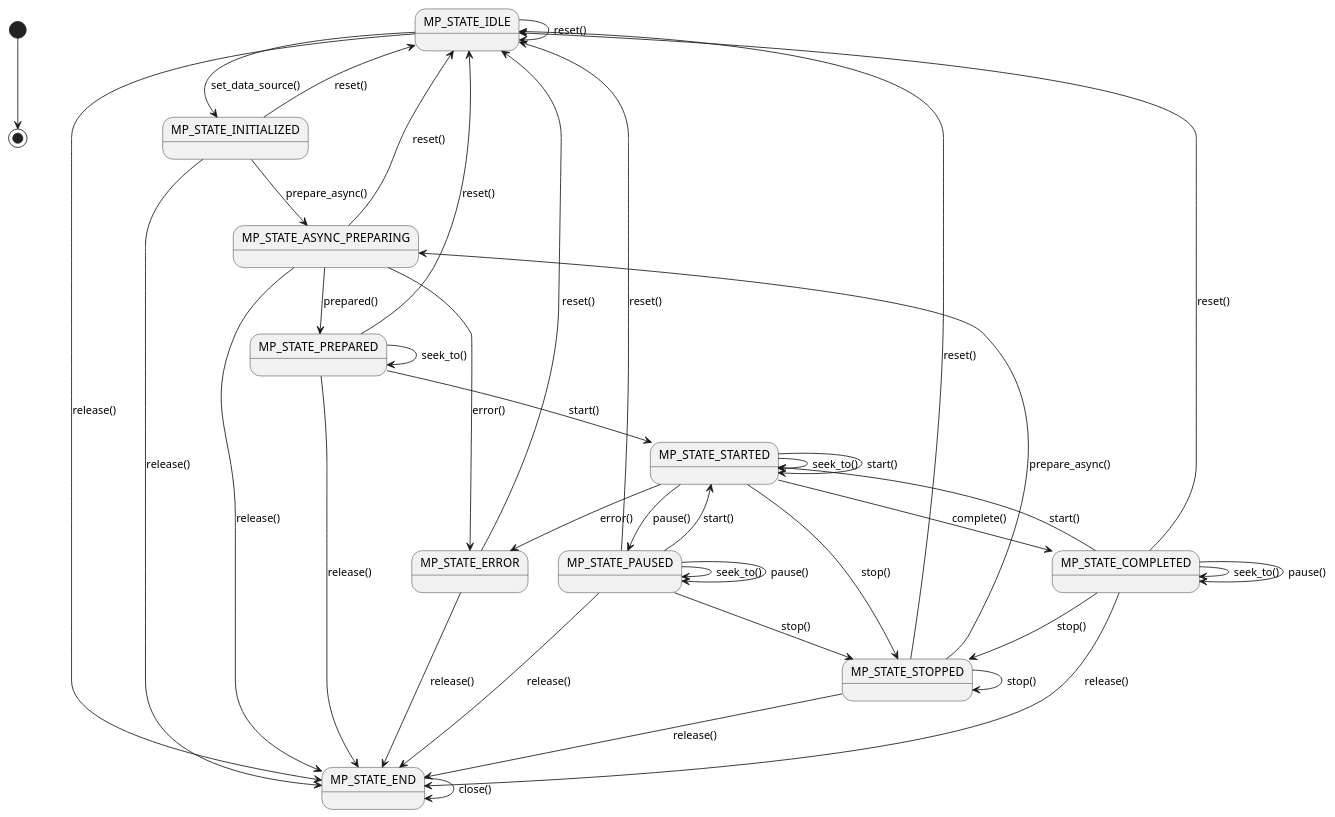
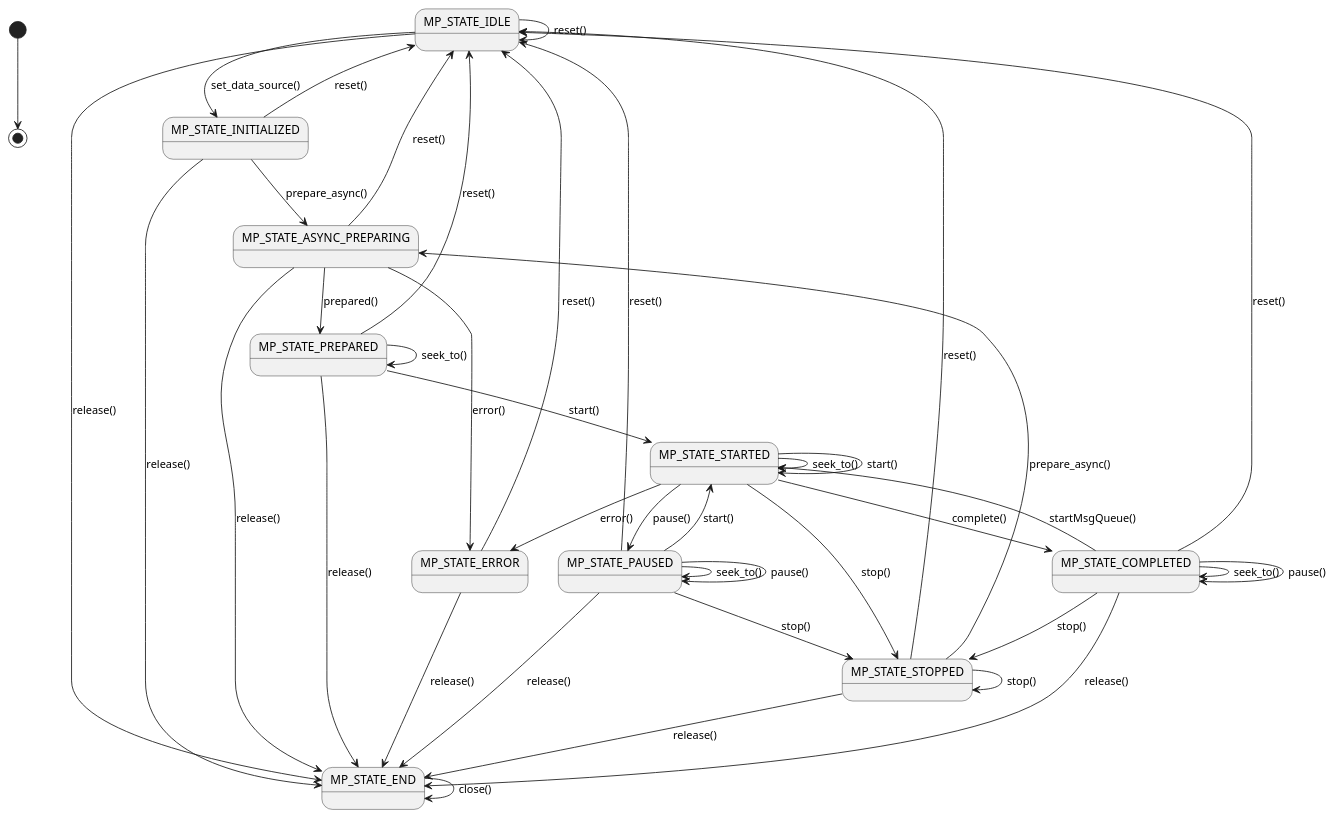
One commit to biezhihua/SMusic changed the diagram in doc/IjkPlayer/State/ijkplayer-state.puml. Above: the diagram before and after it, drawn with PlantUML. The commit also changed 29 other files, not shown here.

```diff
--- a/doc/IjkPlayer/State/ijkplayer-state.puml
+++ b/doc/IjkPlayer/State/ijkplayer-state.puml
@@ -1,55 +1,55 @@
 @startuml
 
 [*] --> [*]
 
 MP_STATE_IDLE --> MP_STATE_INITIALIZED:set_data_source()
 MP_STATE_IDLE --> MP_STATE_IDLE:reset()
 MP_STATE_IDLE --> MP_STATE_END:release()
 
 MP_STATE_INITIALIZED --> MP_STATE_ASYNC_PREPARING:prepare_async()
 MP_STATE_INITIALIZED --> MP_STATE_IDLE:reset()
 MP_STATE_INITIALIZED --> MP_STATE_END:release()
 
 MP_STATE_ASYNC_PREPARING --> MP_STATE_PREPARED:prepared()
 MP_STATE_ASYNC_PREPARING --> MP_STATE_ERROR:error()
 MP_STATE_ASYNC_PREPARING --> MP_STATE_IDLE:reset()
 MP_STATE_ASYNC_PREPARING --> MP_STATE_END:release()
 
 MP_STATE_PREPARED --> MP_STATE_PREPARED:seek_to()
 MP_STATE_PREPARED --> MP_STATE_STARTED:start()
 MP_STATE_PREPARED --> MP_STATE_IDLE:reset()
 MP_STATE_PREPARED --> MP_STATE_END:release()
 
 MP_STATE_STARTED --> MP_STATE_STARTED:seek_to()
 MP_STATE_STARTED --> MP_STATE_STARTED:start()
 MP_STATE_STARTED --> MP_STATE_PAUSED:pause()
 MP_STATE_STARTED --> MP_STATE_STOPPED:stop()
 MP_STATE_STARTED --> MP_STATE_COMPLETED:complete()
 MP_STATE_STARTED --> MP_STATE_ERROR:error()
 
 MP_STATE_PAUSED --> MP_STATE_PAUSED:seek_to()
 MP_STATE_PAUSED --> MP_STATE_STARTED:start()
 MP_STATE_PAUSED --> MP_STATE_PAUSED:pause()
 MP_STATE_PAUSED --> MP_STATE_STOPPED:stop()
 MP_STATE_PAUSED --> MP_STATE_IDLE:reset()
 MP_STATE_PAUSED --> MP_STATE_END:release()
 
 MP_STATE_STOPPED --> MP_STATE_STOPPED:stop()
 MP_STATE_STOPPED --> MP_STATE_ASYNC_PREPARING:prepare_async()
 MP_STATE_STOPPED --> MP_STATE_IDLE:reset()
 MP_STATE_STOPPED --> MP_STATE_END:release()
 
 MP_STATE_COMPLETED --> MP_STATE_COMPLETED:seek_to()
-MP_STATE_COMPLETED --> MP_STATE_STARTED:start()
+MP_STATE_COMPLETED --> MP_STATE_STARTED:startMsgQueue()
 MP_STATE_COMPLETED --> MP_STATE_COMPLETED:pause()
 MP_STATE_COMPLETED --> MP_STATE_STOPPED:stop()
 MP_STATE_COMPLETED --> MP_STATE_IDLE:reset()
 MP_STATE_COMPLETED --> MP_STATE_END:release()
 
 MP_STATE_ERROR --> MP_STATE_IDLE:reset()
 MP_STATE_ERROR --> MP_STATE_END:release()
 
 MP_STATE_END --> MP_STATE_END:close()
 
 
 @enduml
```
